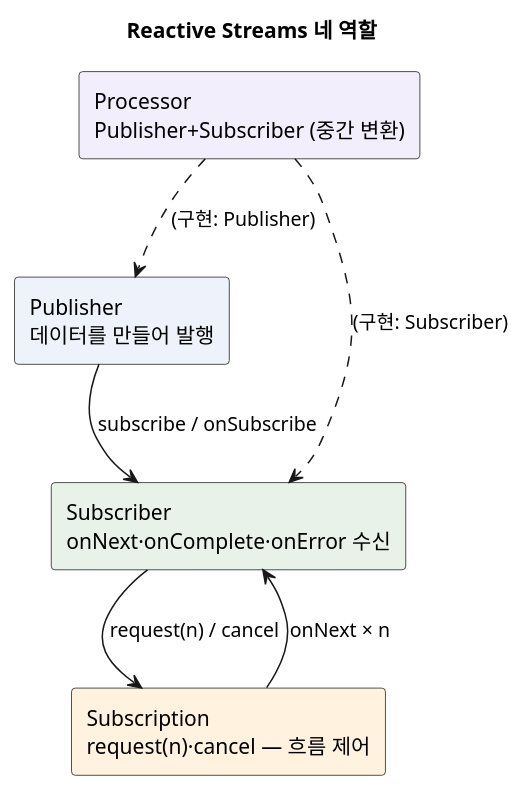
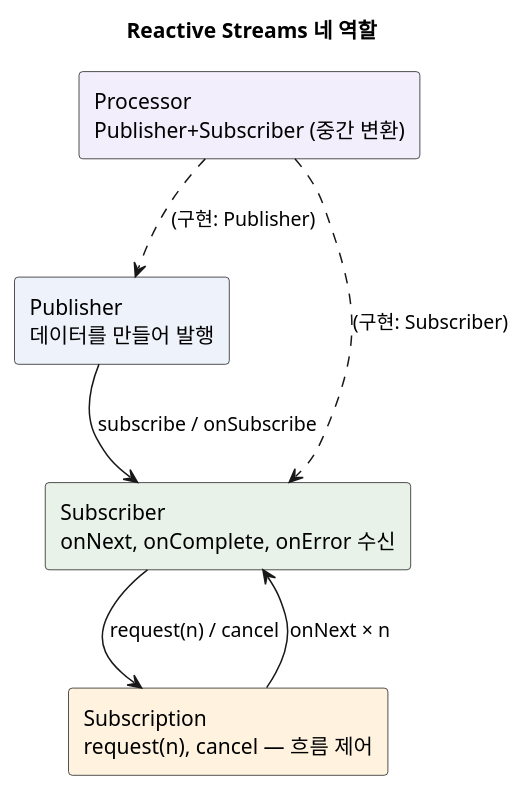
One commit to johnycho/johny-dev changed the first of 4 diagrams in blog/2026-09-25-reactive-streams-spec.mdx. Above: the diagram before and after it, drawn with PlantUML. The commit also changed other lines of this file and 188 other files, not shown here.

````diff
--- a/blog/2026-09-25-reactive-streams-spec.mdx
+++ b/blog/2026-09-25-reactive-streams-spec.mdx
@@ -37,14 +37,14 @@
 ```plantuml
 @startuml
 title Reactive Streams 네 역할
 rectangle "Publisher\n데이터를 만들어 발행" as P #EEF3FB
-rectangle "Subscriber\nonNext·onComplete·onError 수신" as S #E9F2E9
-rectangle "Subscription\nrequest(n)·cancel — 흐름 제어" as Sub #FFF3E0
+rectangle "Subscriber\nonNext, onComplete, onError 수신" as S #E9F2E9
+rectangle "Subscription\nrequest(n), cancel — 흐름 제어" as Sub #FFF3E0
 rectangle "Processor\nPublisher+Subscriber (중간 변환)" as Proc #F3EEFB
 P --> S : subscribe / onSubscribe
 S --> Sub : request(n) / cancel
 Sub --> S : onNext × n
 Proc ..> P : (구현: Publisher)
 Proc ..> S : (구현: Subscriber)
 @enduml
 ```
````
